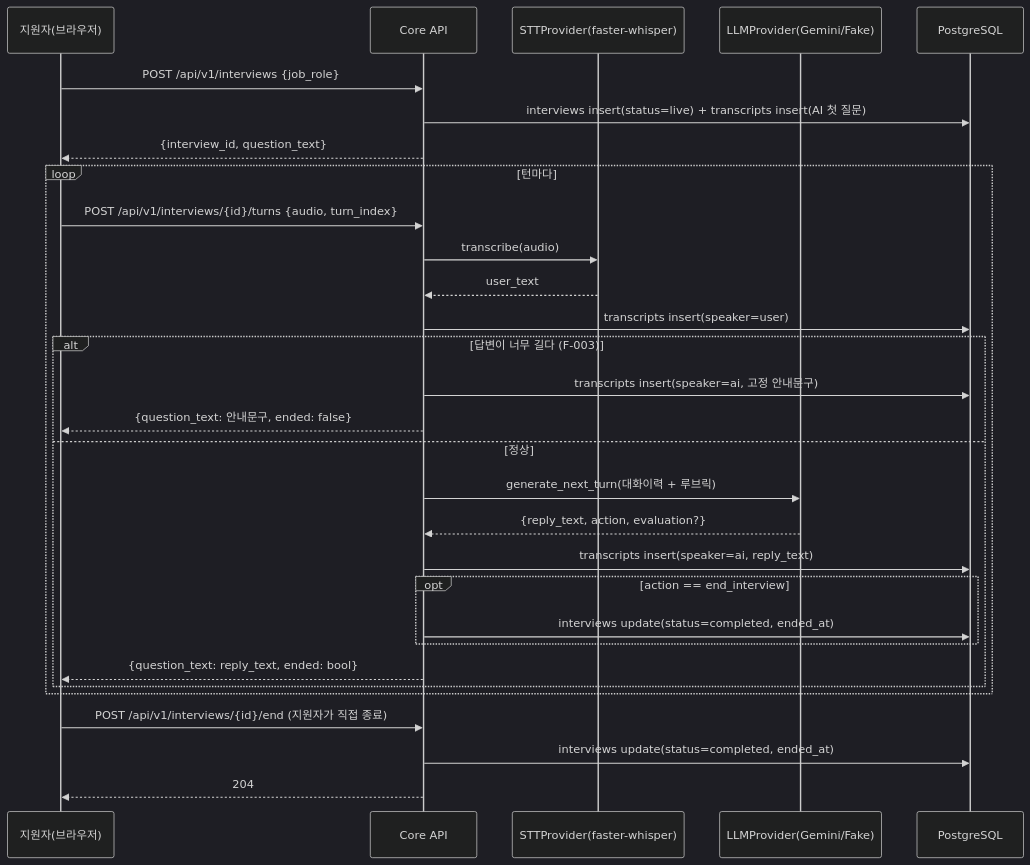
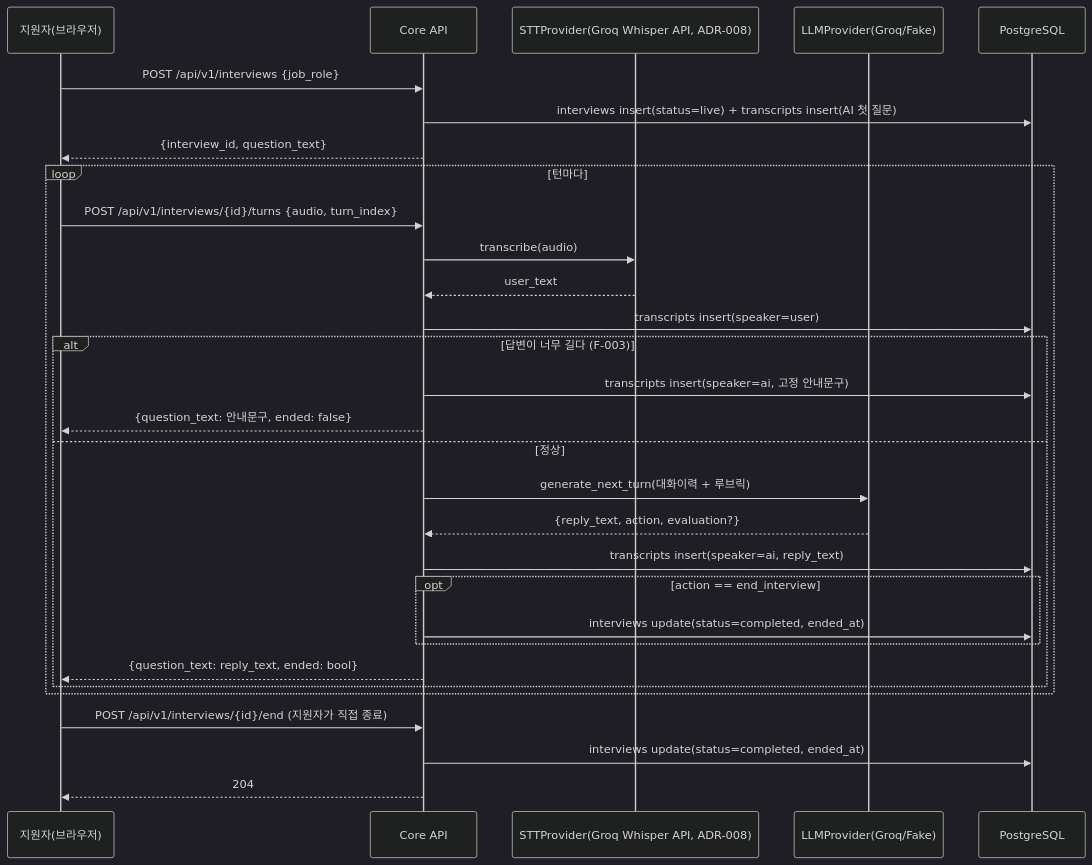
One commit to jcs19752510-ui/final-project changed the first of 2 diagrams in docs/trd/aimock_u2a_trd.md. Above: the diagram before and after it, drawn with Mermaid (dark theme). The commit also changed other lines of this file and 22 other files, not shown here.

````diff
--- a/docs/trd/aimock_u2a_trd.md
+++ b/docs/trd/aimock_u2a_trd.md
@@ -21,35 +21,35 @@
 ```mermaid
 sequenceDiagram
     participant C as 지원자(브라우저)
     participant API as Core API
-    participant STT as STTProvider(faster-whisper)
-    participant LLM as LLMProvider(Gemini/Fake)
+    participant STT as STTProvider(Groq Whisper API, ADR-008)
+    participant LLM as LLMProvider(Groq/Fake)
     participant DB as PostgreSQL
 
     C->>API: POST /api/v1/interviews {job_role}
     API->>DB: interviews insert(status=live) + transcripts insert(AI 첫 질문)
     API-->>C: {interview_id, question_text}
 
     loop 턴마다
         C->>API: POST /api/v1/interviews/{id}/turns {audio, turn_index}
         API->>STT: transcribe(audio)
         STT-->>API: user_text
         API->>DB: transcripts insert(speaker=user)
         alt 답변이 너무 길다 (F-003)
             API->>DB: transcripts insert(speaker=ai, 고정 안내문구)
             API-->>C: {question_text: 안내문구, ended: false}
         else 정상
             API->>LLM: generate_next_turn(대화이력 + 루브릭)
             LLM-->>API: {reply_text, action, evaluation?}
             API->>DB: transcripts insert(speaker=ai, reply_text)
             opt action == end_interview
                 API->>DB: interviews update(status=completed, ended_at)
             end
             API-->>C: {question_text: reply_text, ended: bool}
         end
     end
 
     C->>API: POST /api/v1/interviews/{id}/end (지원자가 직접 종료)
     API->>DB: interviews update(status=completed, ended_at)
     API-->>C: 204
 ```
````
